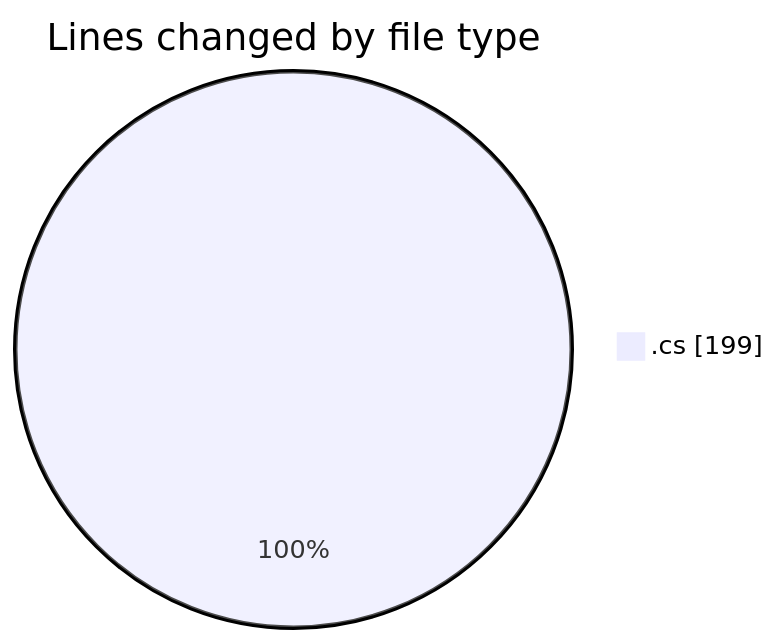
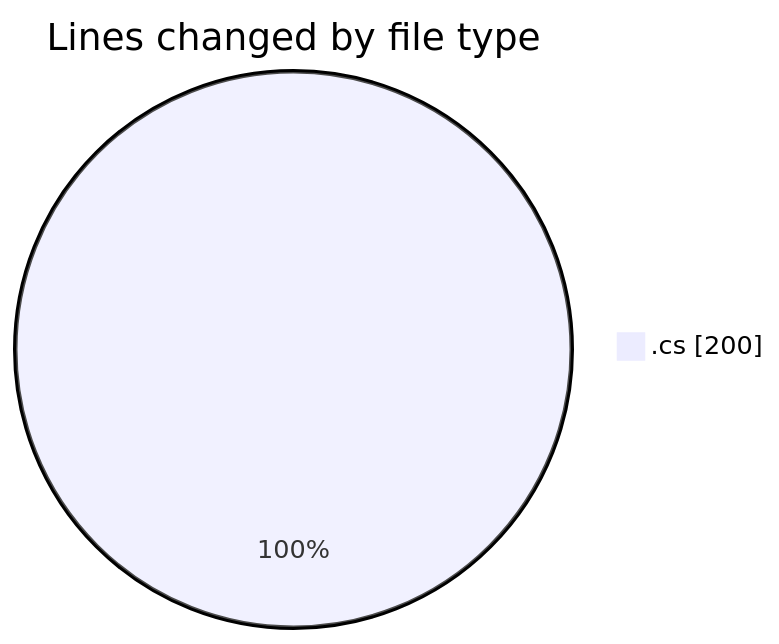
Before and after one commit to Netris89/code-tracking: the first of 2 diagrams in 2025-04-13/back-end/README.md, drawn with Mermaid. The commit also changed other lines of this file and 1 other file, not shown here.

````diff
--- a/2025-04-13/back-end/README.md
+++ b/2025-04-13/back-end/README.md
@@ -20,5 +20,5 @@
 ```mermaid
 pie showData
 title Lines changed by file type
-".cs" : 199
+".cs" : 200
 ```
````
